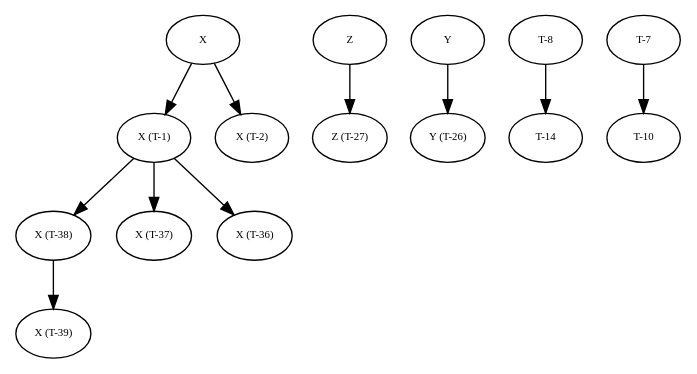
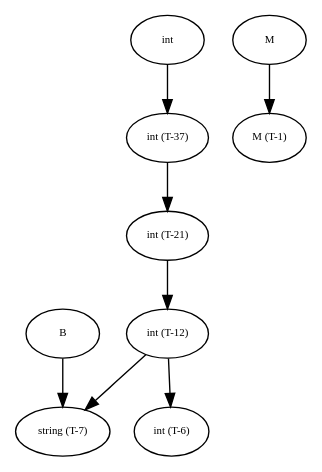
Before and after one commit to amso100/livescript-declarations: the diagram in graphs/debug_tree0.dot, drawn with Graphviz. The commit also changed 11 other files, not shown here.

```diff
--- a/graphs/debug_tree0.dot
+++ b/graphs/debug_tree0.dot
@@ -1,116 +1,74 @@
 digraph RGL__DirectedAdjacencyGraph {
-    "X (T-38)" [
+    int [
         fontsize = 8,
-        label = "X (T-38)"
+        label = int
     ]
 
-    "X (T-39)" [
+    "int (T-37)" [
         fontsize = 8,
-        label = "X (T-39)"
+        label = "int (T-37)"
     ]
 
-    "X (T-1)" [
+    "int (T-21)" [
         fontsize = 8,
-        label = "X (T-1)"
+        label = "int (T-21)"
     ]
 
-    "X (T-37)" [
+    "int (T-12)" [
         fontsize = 8,
-        label = "X (T-37)"
+        label = "int (T-12)"
     ]
 
-    "X (T-36)" [
+    "string (T-7)" [
         fontsize = 8,
-        label = "X (T-36)"
+        label = "string (T-7)"
     ]
 
-    Z [
+    "int (T-6)" [
         fontsize = 8,
-        label = Z
+        label = "int (T-6)"
     ]
 
-    "Z (T-27)" [
+    B [
         fontsize = 8,
-        label = "Z (T-27)"
+        label = B
     ]
 
-    Y [
+    M [
         fontsize = 8,
-        label = Y
+        label = M
     ]
 
-    "Y (T-26)" [
+    "M (T-1)" [
         fontsize = 8,
-        label = "Y (T-26)"
+        label = "M (T-1)"
     ]
 
-    "T-8" [
-        fontsize = 8,
-        label = "T-8"
-    ]
-
-    "T-14" [
-        fontsize = 8,
-        label = "T-14"
-    ]
-
-    "T-7" [
-        fontsize = 8,
-        label = "T-7"
-    ]
-
-    "T-10" [
-        fontsize = 8,
-        label = "T-10"
-    ]
-
-    X [
-        fontsize = 8,
-        label = X
-    ]
-
-    "X (T-2)" [
-        fontsize = 8,
-        label = "X (T-2)"
-    ]
-
-    "X (T-38)" -> "X (T-39)" [
+    int -> "int (T-37)" [
         fontsize = 8
     ]
 
-    "X (T-1)" -> "X (T-38)" [
+    "int (T-37)" -> "int (T-21)" [
         fontsize = 8
     ]
 
-    "X (T-1)" -> "X (T-37)" [
+    "int (T-21)" -> "int (T-12)" [
         fontsize = 8
     ]
 
-    "X (T-1)" -> "X (T-36)" [
+    "int (T-12)" -> "string (T-7)" [
         fontsize = 8
     ]
 
-    Z -> "Z (T-27)" [
+    "int (T-12)" -> "int (T-6)" [
         fontsize = 8
     ]
 
-    Y -> "Y (T-26)" [
+    B -> "string (T-7)" [
         fontsize = 8
     ]
 
-    "T-8" -> "T-14" [
-        fontsize = 8
-    ]
-
-    "T-7" -> "T-10" [
-        fontsize = 8
-    ]
-
-    X -> "X (T-2)" [
-        fontsize = 8
-    ]
-
-    X -> "X (T-1)" [
+    M -> "M (T-1)" [
         fontsize = 8
     ]
 }
```
